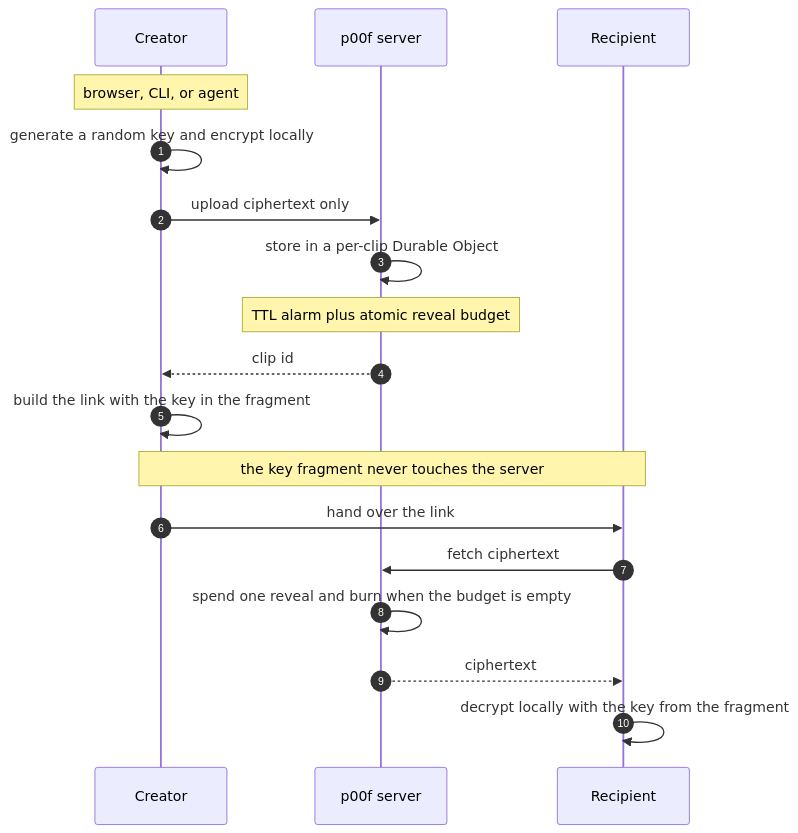
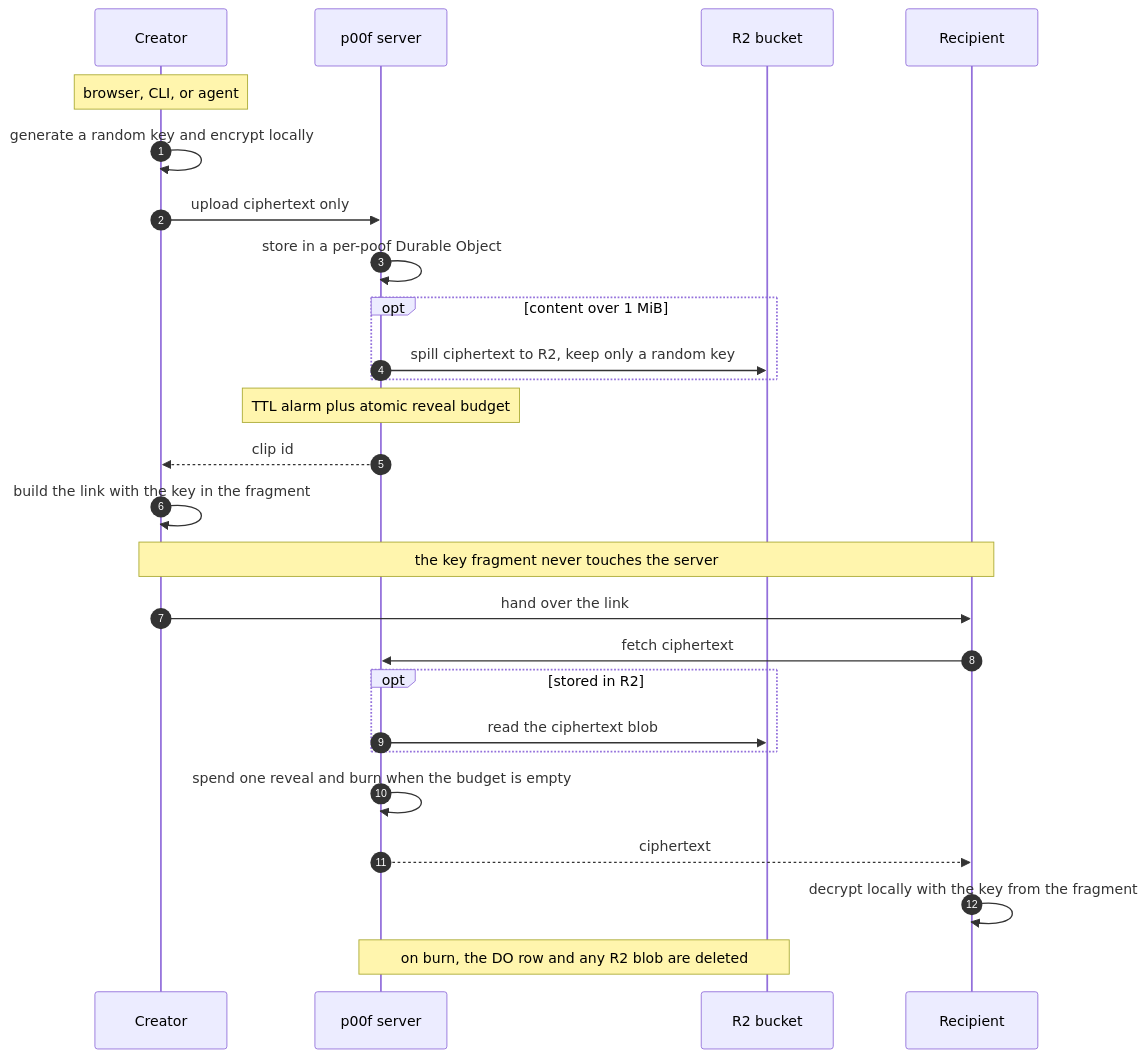
One commit to mcdays94/p00f changed the diagram in README.md. Above: the diagram before and after it, drawn with Mermaid. The commit also changed other lines of this file and 1 other file, not shown here.

First paragraph of the commit message:
Docs: explain R2 usage + object lifecycle in How it works, fix dead CONTEXT.md link (#38)
* Docs: explain when R2 is used, the object lifecycle, and that it only holds ciphertext

````diff
--- a/README.md
+++ b/README.md
@@ -61,20 +61,28 @@
 ```mermaid
 sequenceDiagram
     autonumber
     participant C as Creator
     participant S as p00f server
+    participant O as R2 bucket
     participant R as Recipient
     Note over C: browser, CLI, or agent
     C->>C: generate a random key and encrypt locally
     C->>S: upload ciphertext only
-    S->>S: store in a per-clip Durable Object
+    S->>S: store in a per-poof Durable Object
+    opt content over 1 MiB
+        S->>O: spill ciphertext to R2, keep only a random key
+    end
     Note over S: TTL alarm plus atomic reveal budget
     S-->>C: clip id
     C->>C: build the link with the key in the fragment
     Note over C,R: the key fragment never touches the server
     C->>R: hand over the link
     R->>S: fetch ciphertext
+    opt stored in R2
+        S->>O: read the ciphertext blob
+    end
     S->>S: spend one reveal and burn when the budget is empty
     S-->>R: ciphertext
     R->>R: decrypt locally with the key from the fragment
+    Note over S,O: on burn, the DO row and any R2 blob are deleted
 ```
````
